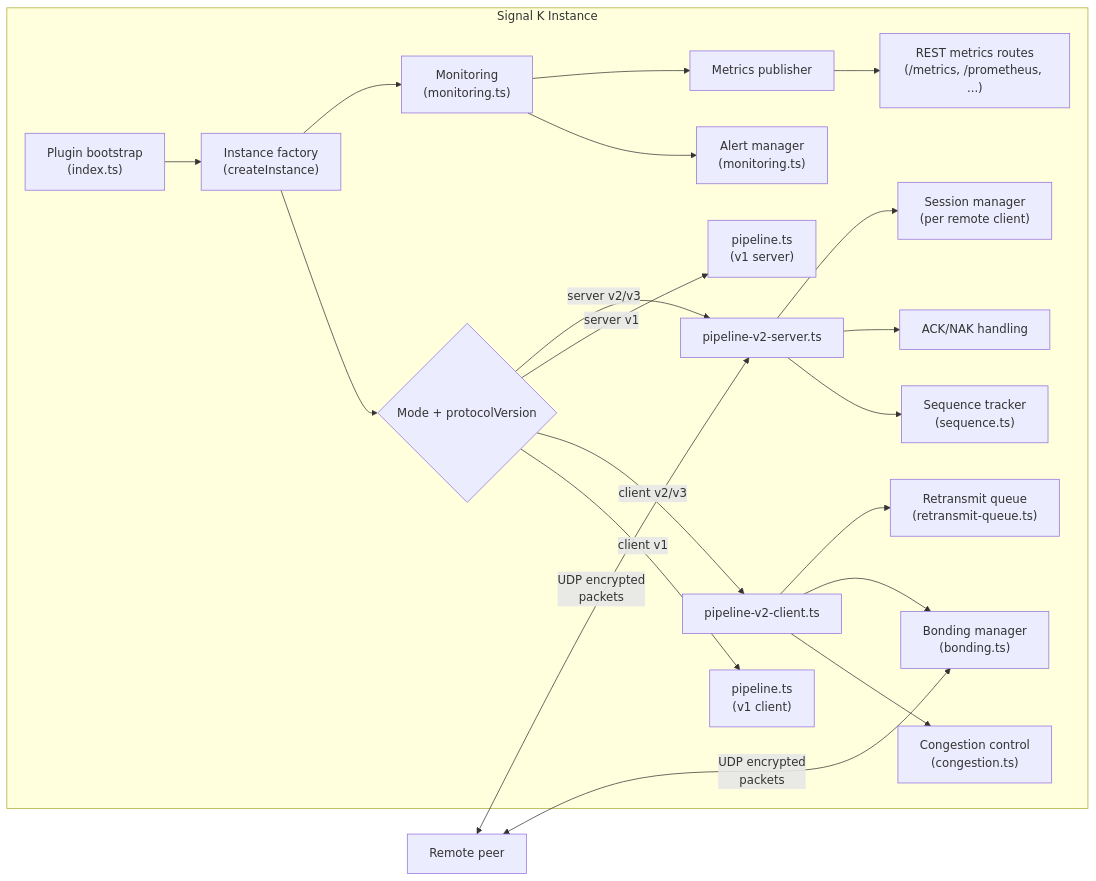
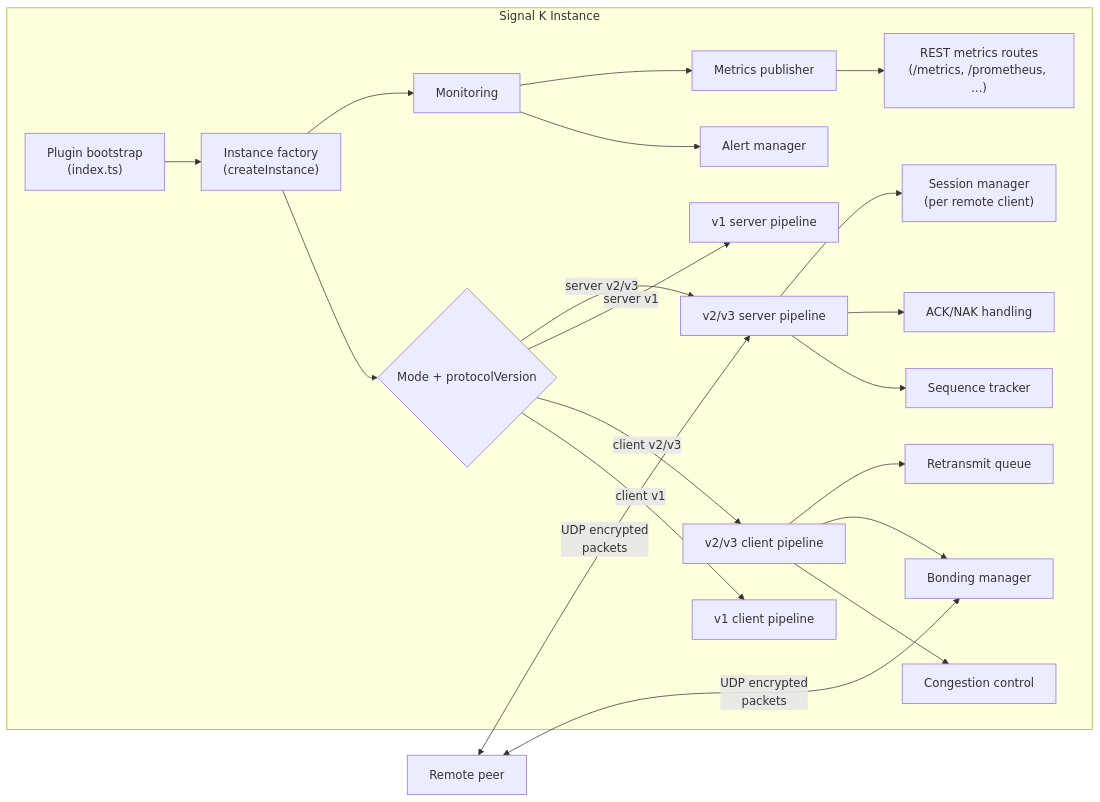
Before and after one commit to KEGustafsson/signalk-edge-link: the diagram in docs/architecture-overview.md, drawn with Mermaid. The commit also changed 28 other files, not shown here.

````diff
--- a/docs/architecture-overview.md
+++ b/docs/architecture-overview.md
@@ -7,28 +7,28 @@
 ```mermaid
 graph LR
   subgraph "Signal K Instance"
     A["Plugin bootstrap\n(index.ts)"] --> B["Instance factory\n(createInstance)"]
     B --> C{Mode + protocolVersion}
 
-    C -->|"client v1"| D["pipeline.ts\n(v1 client)"]
-    C -->|"client v2/v3"| E["pipeline-v2-client.ts"]
-    C -->|"server v1"| F["pipeline.ts\n(v1 server)"]
-    C -->|"server v2/v3"| G["pipeline-v2-server.ts"]
+    C -->|"client v1"| D["v1 client pipeline"]
+    C -->|"client v2/v3"| E["v2/v3 client pipeline"]
+    C -->|"server v1"| F["v1 server pipeline"]
+    C -->|"server v2/v3"| G["v2/v3 server pipeline"]
 
-    E --> H["Congestion control\n(congestion.ts)"]
-    E --> I["Bonding manager\n(bonding.ts)"]
-    E --> J["Retransmit queue\n(retransmit-queue.ts)"]
+    E --> H["Congestion control"]
+    E --> I["Bonding manager"]
+    E --> J["Retransmit queue"]
 
-    G --> K["Sequence tracker\n(sequence.ts)"]
+    G --> K["Sequence tracker"]
     G --> L["ACK/NAK handling"]
     G --> M["Session manager\n(per remote client)"]
 
-    B --> N["Monitoring\n(monitoring.ts)"]
-    N --> O["Alert manager\n(monitoring.ts)"]
+    B --> N["Monitoring"]
+    N --> O["Alert manager"]
     N --> P["Metrics publisher"]
     P --> Q["REST metrics routes\n(/metrics, /prometheus, ...)"]
   end
 
   R["Remote peer"] <-->|"UDP encrypted\npackets"| I
   R <-->|"UDP encrypted\npackets"| G
 ```
````
